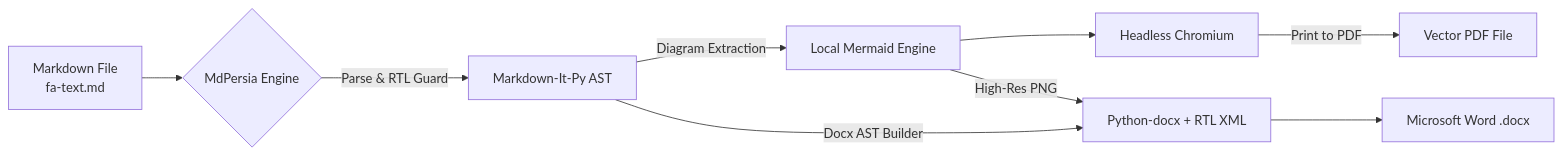
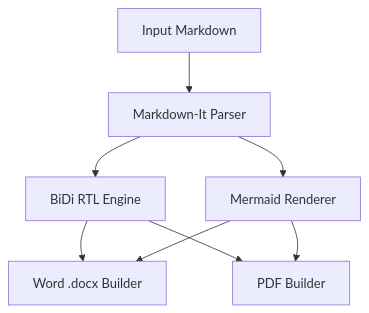
The diagram in README.en.md (hamid-morsali-786/MdPersia), drawn with Mermaid before and after one commit. The commit also changed other lines of this file and 1 other file, not shown here.

````diff
--- a/README.en.md
+++ b/README.en.md
@@ -164,11 +155,10 @@
 ```mermaid
-flowchart LR
-    A[Markdown File<br/>fa-text.md] --> B{MdPersia Engine}
-    B -->|Parse & RTL Guard| C[Markdown-It-Py AST]
-    C -->|Diagram Extraction| D[Local Mermaid Engine]
-    D --> E[Headless Chromium]
-    E -->|Print to PDF| F[Vector PDF File]
-    C -->|Docx AST Builder| G[Python-docx + RTL XML]
-    D -->|High-Res PNG| G
-    G --> H[Microsoft Word .docx]
+flowchart TD
+    MD[Input Markdown] --> AST[Markdown-It Parser]
+    AST --> BiDi[BiDi RTL Engine]
+    AST --> Mermaid[Mermaid Renderer]
+    BiDi --> Word[Word .docx Builder]
+    BiDi --> PDF[PDF Builder]
+    Mermaid --> Word
+    Mermaid --> PDF
 ```
````
